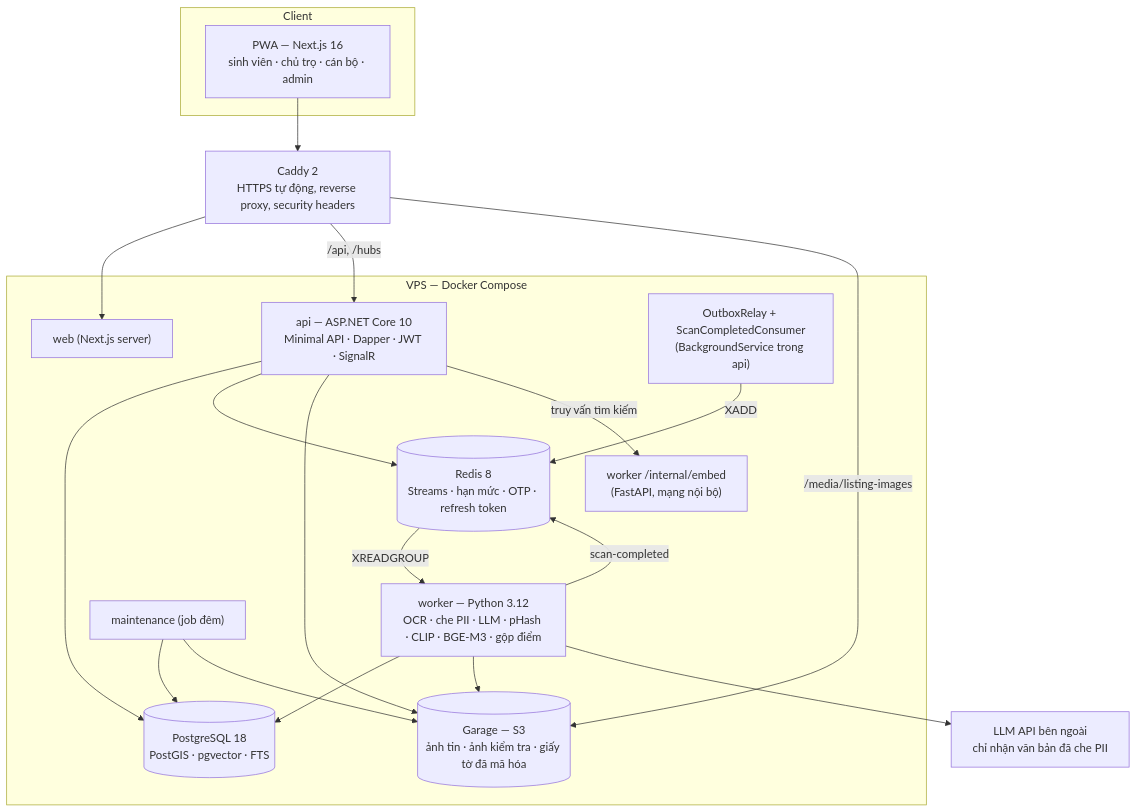
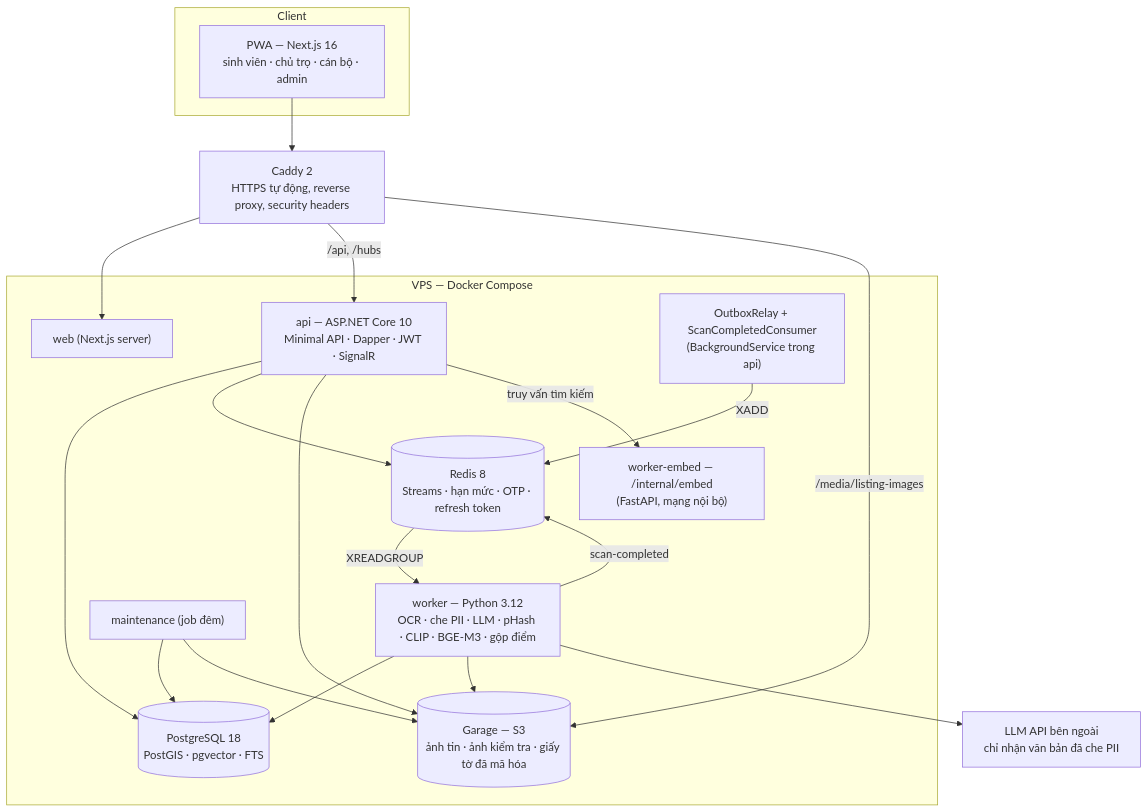
The first of 2 diagrams in docs/02-architecture.md (LVanPhi/TroTot), drawn with Mermaid before and after one commit. The commit also changed other lines of this file and 15 other files, not shown here.

````diff
--- a/docs/02-architecture.md
+++ b/docs/02-architecture.md
@@ -8,36 +8,36 @@
 ```mermaid
 flowchart TB
     subgraph Client
         PWA["PWA — Next.js 16<br/>sinh viên · chủ trọ · cán bộ · admin"]
     end
     Caddy["Caddy 2<br/>HTTPS tự động, reverse proxy, security headers"]
     subgraph VPS["VPS — Docker Compose"]
         Web["web (Next.js server)"]
         API["api — ASP.NET Core 10<br/>Minimal API · Dapper · JWT · SignalR"]
         Relay["OutboxRelay + ScanCompletedConsumer<br/>(BackgroundService trong api)"]
         Worker["worker — Python 3.12<br/>OCR · che PII · LLM · pHash · CLIP · BGE-M3 · gộp điểm"]
-        Embed["worker /internal/embed<br/>(FastAPI, mạng nội bộ)"]
+        Embed["worker-embed — /internal/embed<br/>(FastAPI, mạng nội bộ)"]
         PG[("PostgreSQL 18<br/>PostGIS · pgvector · FTS")]
         Redis[("Redis 8<br/>Streams · hạn mức · OTP · refresh token")]
         S3[("Garage — S3<br/>ảnh tin · ảnh kiểm tra · giấy tờ đã mã hóa")]
         Maint["maintenance (job đêm)"]
     end
     LLM["LLM API bên ngoài<br/>chỉ nhận văn bản đã che PII"]
 
     PWA --> Caddy
     Caddy --> Web
     Caddy -->|/api, /hubs| API
     Caddy -->|/media/listing-images| S3
     API --> PG
     API --> Redis
     API --> S3
     API -->|truy vấn tìm kiếm| Embed
     Relay -->|XADD| Redis
     Redis -->|XREADGROUP| Worker
     Worker --> PG
     Worker --> S3
     Worker -->|scan-completed| Redis
     Worker --> LLM
     Maint --> PG
     Maint --> S3
 ```
````
